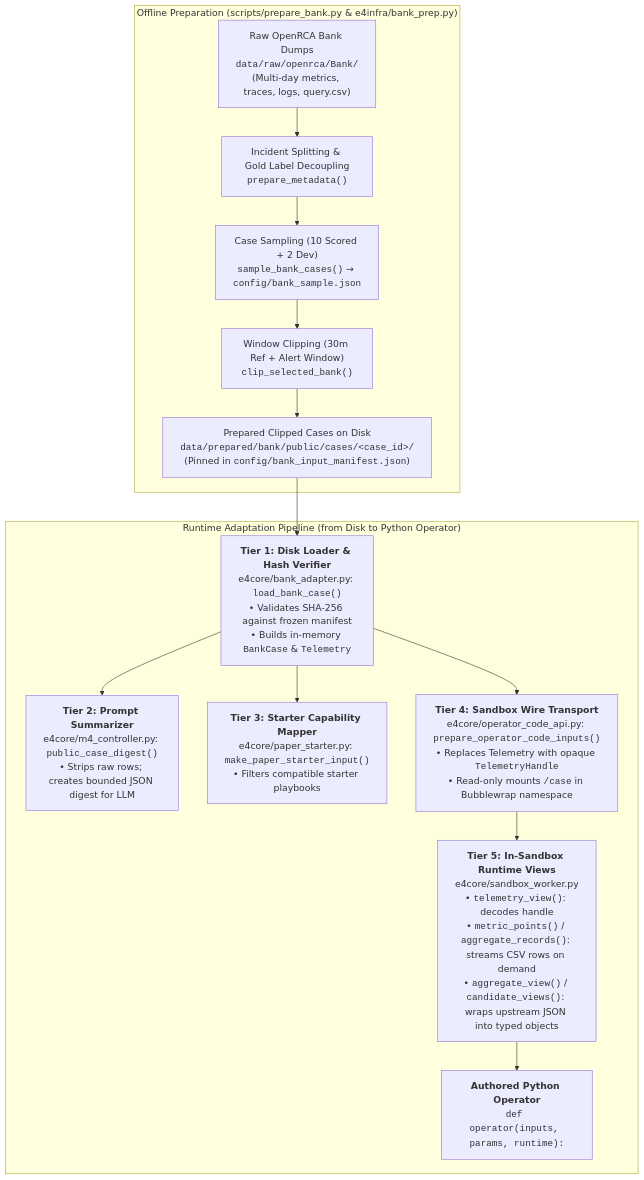
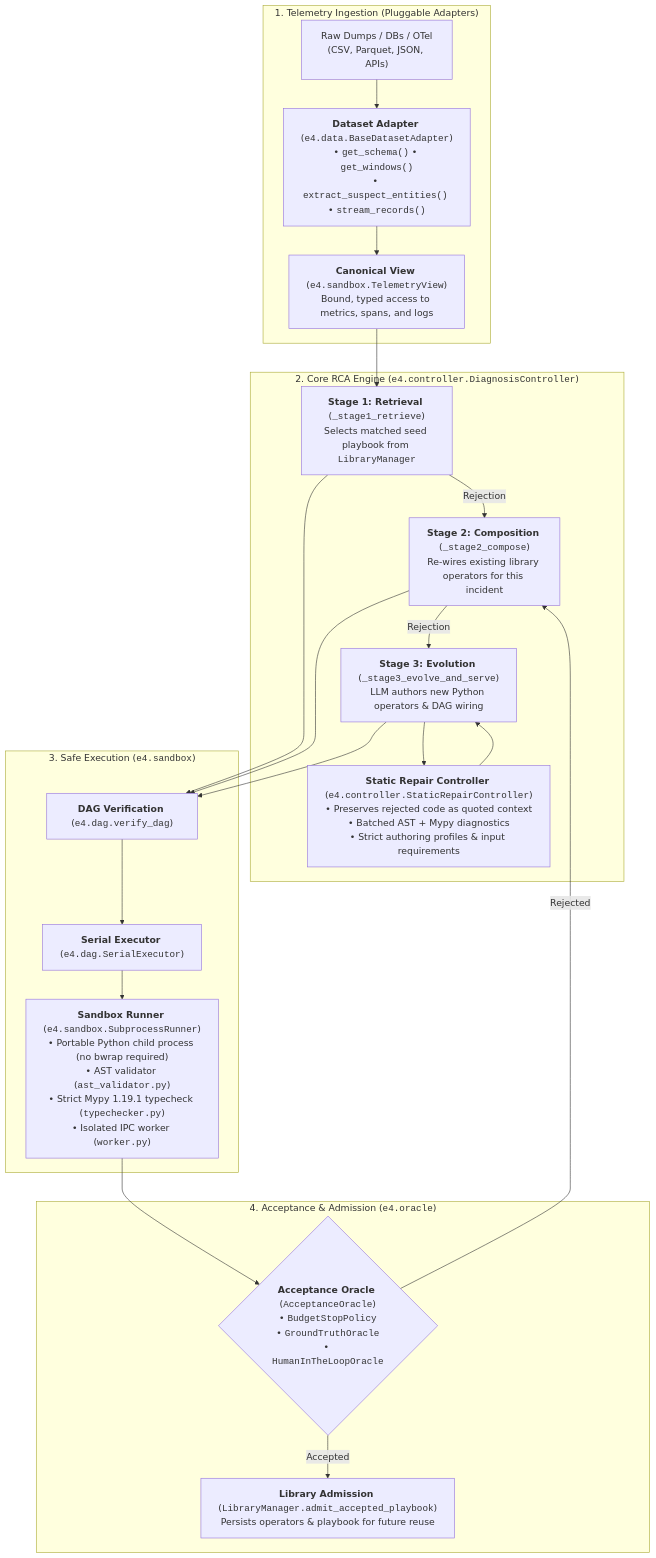
One commit to americast/E4 changed the first of 3 diagrams in docs/CODE_REVIEW_GUIDE.md. Above: the diagram before and after it, drawn with Mermaid. The commit also changed other lines of this file and 46 other files, not shown here.

First line of the commit message:
Implement architectural simplification and refactoring

````diff
--- a/docs/CODE_REVIEW_GUIDE.md
+++ b/docs/CODE_REVIEW_GUIDE.md
@@ -15,18 +11,28 @@
 ```mermaid
 flowchart TD
-    subgraph PREP ["Offline Preparation (scripts/prepare_bank.py & e4infra/bank_prep.py)"]
-        R["Raw OpenRCA Bank Dumps<br><code>data/raw/openrca/Bank/</code><br>(Multi-day metrics, traces, logs, query.csv)"] --> P1["Incident Splitting & Gold Label Decoupling<br><code>prepare_metadata()</code>"]
-        P1 --> P2["Case Sampling (10 Scored + 2 Dev)<br><code>sample_bank_cases()</code> &rarr; <code>config/bank_sample.json</code>"]
-        P2 --> P3["Window Clipping (30m Ref + Alert Window)<br><code>clip_selected_bank()</code>"]
-        P3 --> C["Prepared Clipped Cases on Disk<br><code>data/prepared/bank/public/cases/&lt;case_id&gt;/</code><br>(Pinned in <code>config/bank_input_manifest.json</code>)"]
+    subgraph DATA_TIER ["1. Telemetry Ingestion (Pluggable Adapters)"]
+        Raw["Raw Dumps / DBs / OTel<br>(CSV, Parquet, JSON, APIs)"] --> BDA["<b>Dataset Adapter</b> (<code>e4.data.BaseDatasetAdapter</code>)<br>• <code>get_schema()</code> &bull; <code>get_windows()</code><br>• <code>extract_suspect_entities()</code> &bull; <code>stream_records()</code>"]
+        BDA --> TV["<b>Canonical View</b> (<code>e4.sandbox.TelemetryView</code>)<br>Bound, typed access to metrics, spans, and logs"]
     end
 
-    subgraph RUNTIME ["Runtime Adaptation Pipeline (from Disk to Python Operator)"]
-        C --> T1["<b>Tier 1: Disk Loader & Hash Verifier</b><br>e4core/bank_adapter.py: <code>load_bank_case()</code><br>&bull; Validates SHA-256 against frozen manifest<br>&bull; Builds in-memory <code>BankCase</code> & <code>Telemetry</code>"]
-        T1 --> T2["<b>Tier 2: Prompt Summarizer</b><br>e4core/m4_controller.py: <code>public_case_digest()</code><br>&bull; Strips raw rows; creates bounded JSON digest for LLM"]
-        T1 --> T3["<b>Tier 3: Starter Capability Mapper</b><br>e4core/paper_starter.py: <code>make_paper_starter_input()</code><br>&bull; Filters compatible starter playbooks"]
-        T1 --> T4["<b>Tier 4: Sandbox Wire Transport</b><br>e4core/operator_code_api.py: <code>prepare_operator_code_inputs()</code><br>&bull; Replaces Telemetry with opaque <code>TelemetryHandle</code><br>&bull; Read-only mounts <code>/case</code> in Bubblewrap namespace"]
-        T4 --> T5["<b>Tier 5: In-Sandbox Runtime Views</b><br>e4core/sandbox_worker.py<br>&bull; <code>telemetry_view()</code>: decodes handle<br>&bull; <code>metric_points()</code> / <code>aggregate_records()</code>: streams CSV rows on demand<br>&bull; <code>aggregate_view()</code> / <code>candidate_views()</code>: wraps upstream JSON into typed objects"]
-        T5 --> OP["<b>Authored Python Operator</b><br><code>def operator(inputs, params, runtime):</code>"]
+    subgraph ENGINE_TIER ["2. Core RCA Engine (<code>e4.controller.DiagnosisController</code>)"]
+        TV --> S1["<b>Stage 1: Retrieval</b> (<code>_stage1_retrieve</code>)<br>Selects matched seed playbook from <code>LibraryManager</code>"]
+        S1 -->|Rejection| S2["<b>Stage 2: Composition</b> (<code>_stage2_compose</code>)<br>Re-wires existing library operators for this incident"]
+        S2 -->|Rejection| S3["<b>Stage 3: Evolution</b> (<code>_stage3_evolve_and_serve</code>)<br>LLM authors new Python operators & DAG wiring"]
+        
+        S3 --> RC["<b>Static Repair Controller</b> (<code>e4.controller.StaticRepairController</code>)<br>&bull; Preserves rejected code as quoted context<br>&bull; Batched AST + Mypy diagnostics<br>&bull; Strict authoring profiles & input requirements"]
+        RC --> S3
+    end
+
+    subgraph SANDBOX_TIER ["3. Safe Execution (<code>e4.sandbox</code>)"]
+        S1 & S2 & S3 --> DAG["<b>DAG Verification</b> (<code>e4.dag.verify_dag</code>)"]
+        DAG --> SE["<b>Serial Executor</b> (<code>e4.dag.SerialExecutor</code>)"]
+        SE --> RUNNER["<b>Sandbox Runner</b> (<code>e4.sandbox.SubprocessRunner</code>)<br>&bull; Portable Python child process (no bwrap required)<br>&bull; AST validator (<code>ast_validator.py</code>)<br>&bull; Strict Mypy 1.19.1 typecheck (<code>typechecker.py</code>)<br>&bull; Isolated IPC worker (<code>worker.py</code>)"]
+    end
+
+    subgraph ORACLE_TIER ["4. Acceptance & Admission (<code>e4.oracle</code>)"]
+        RUNNER --> ORACLE{"<b>Acceptance Oracle</b> (<code>AcceptanceOracle</code>)<br>• <code>BudgetStopPolicy</code><br>• <code>GroundTruthOracle</code><br>• <code>HumanInTheLoopOracle</code>"}
+        ORACLE -->|Accepted| ADMIT["<b>Library Admission</b> (<code>LibraryManager.admit_accepted_playbook</code>)<br>Persists operators & playbook for future reuse"]
+        ORACLE -->|Rejected| S2
     end
 ```
````
